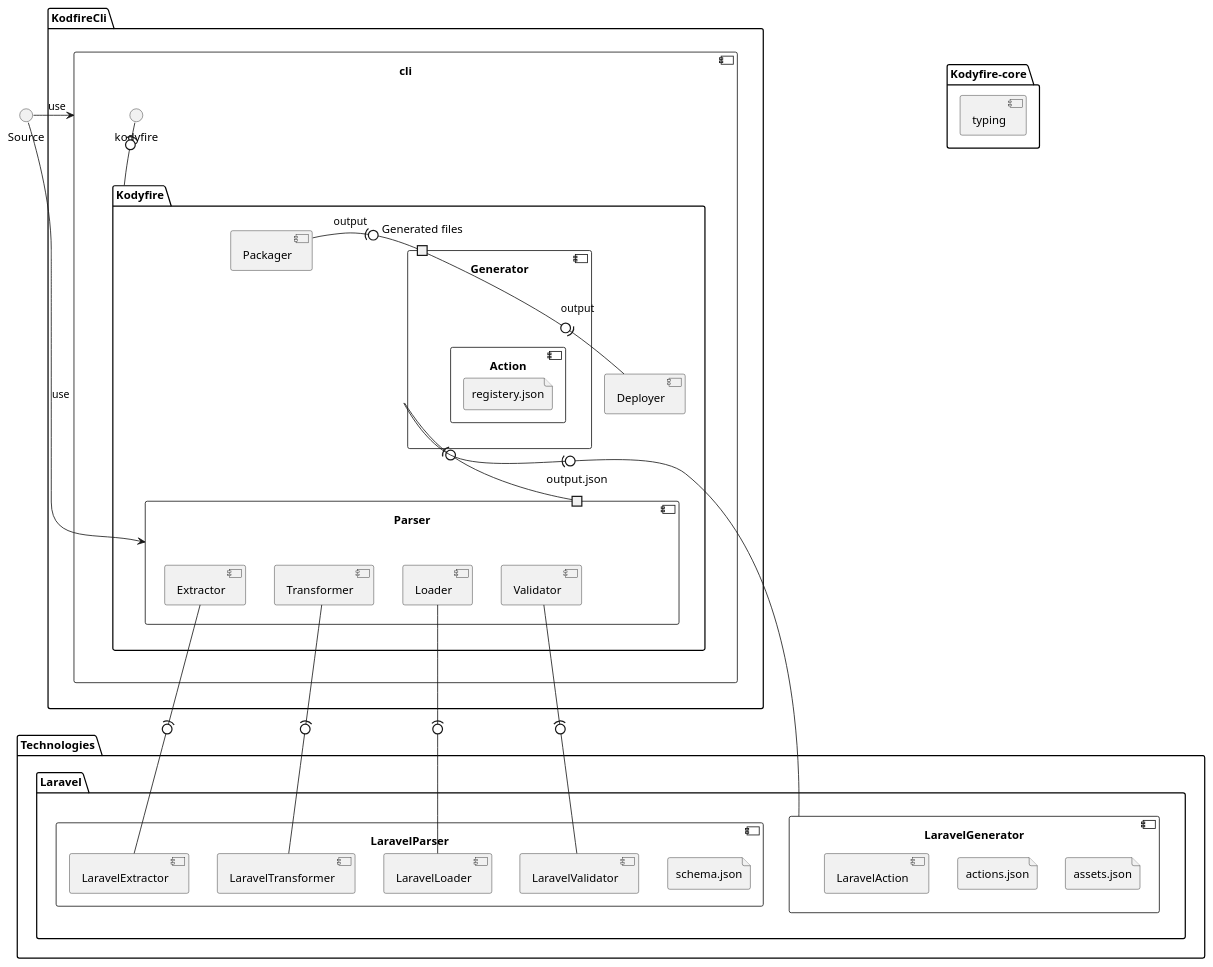
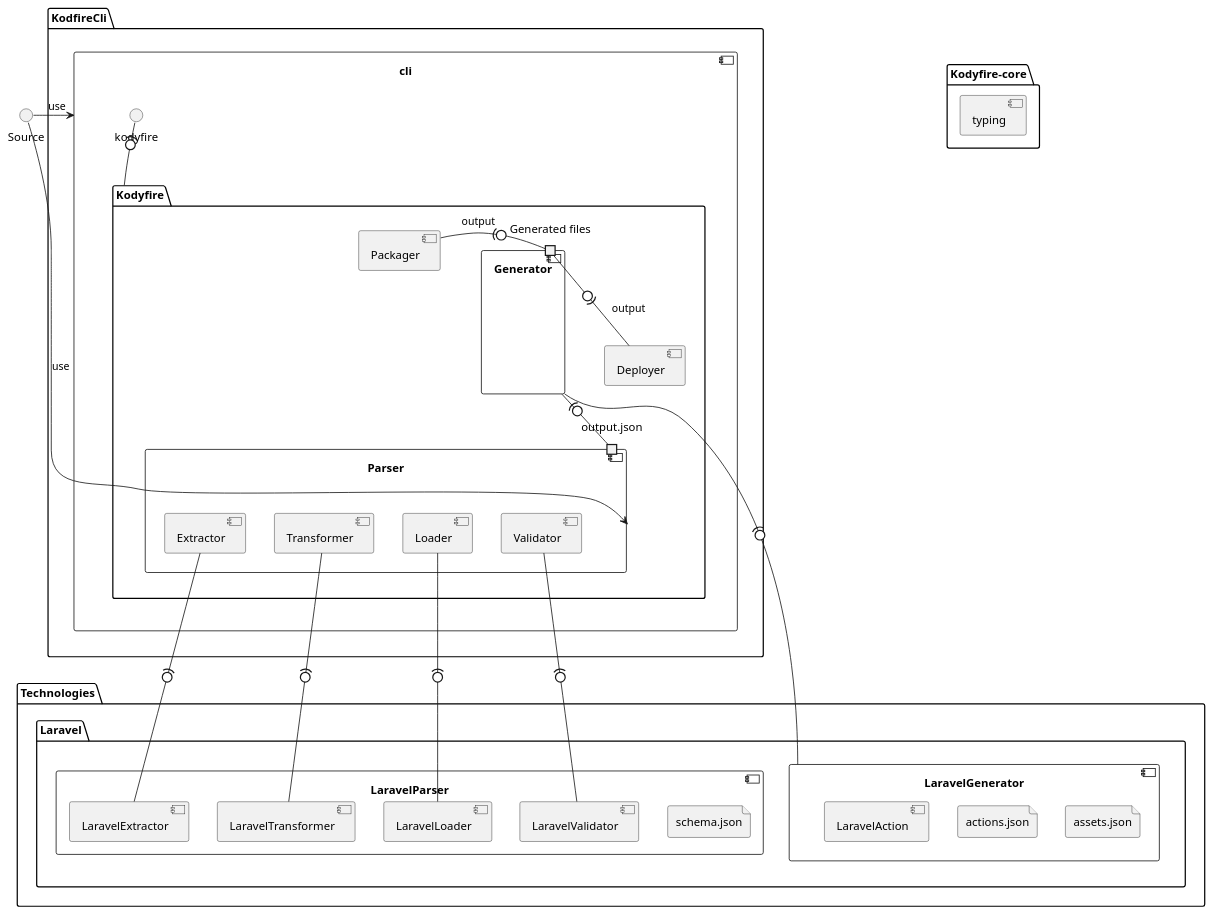
One commit to nooqta/kodyfire changed the diagram in packages/kodyfire-kodyfire/src/kodyfire.wsd. Above: the diagram before and after it, drawn with PlantUML. The commit also changed 51 other files, not shown here.

```diff
--- a/packages/kodyfire-kodyfire/src/kodyfire.wsd
+++ b/packages/kodyfire-kodyfire/src/kodyfire.wsd
@@ -1,75 +1,72 @@
 @startuml
 skinparam componentstyle uml2
 
 () Source
 package "Kodyfire-core" {
     [typing]
 }
 package KodfireCli {
     component cli {
         kodyfire -(0- Kodyfire
     }
 }
 folder Technologies {
         package Laravel {
             component LaravelParser {
                 file schema.json
                 component LaravelTransformer {
                 }
                 component LaravelLoader {
                 }
                 component LaravelValidator {
                 }
                 component LaravelExtractor
             }
             component LaravelGenerator {
                 component LaravelAction {
                 }
                 file assets.json
                 file actions.json
             }
         }
     }
 ' package devkit-schematic {
 '     port "Schematic API"
 ' }
 package "Kodyfire" {
     Component Packager {
 
     }
     Component Deployer {
 
     }
     component Parser {
         port "output.json"  as output
         component Extractor {
         }
         component Transformer {
         }
         component Loader {
         }
         component Validator {
         }
 
     }
 
     component Generator {
         port "Generated files" as generatorOutput
-        component Action {
-            file registery.json
-        }
     }
 
 
     output -u0)- Generator
     Parser <-l- Source: use
     cli <-l- Source: use
     Validator -(0- LaravelValidator
     Loader -(0- LaravelLoader
     Transformer -(0- LaravelTransformer
     Extractor -(0- LaravelExtractor
     Generator -(0- LaravelGenerator
     generatorOutput -l0)- Packager: output
     generatorOutput -0)- Deployer: output
 }
 @enduml
```
